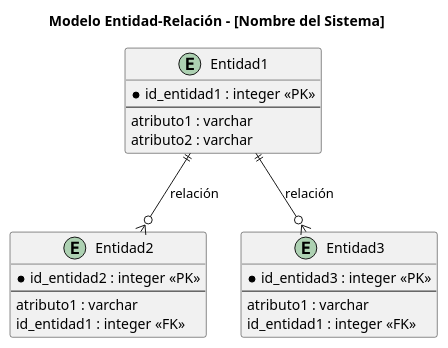
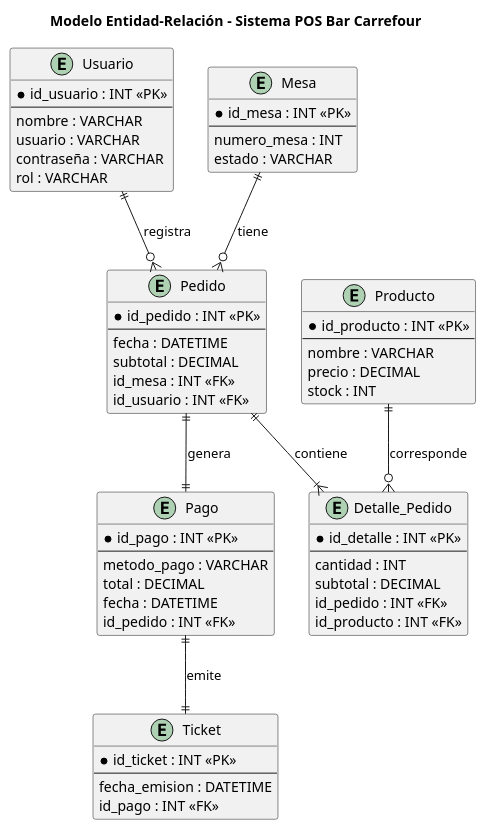
One commit to joana2025-coder/eidas-grupo02-SistemaPointofsale changed the diagram in diagramas/er.puml. Above: the diagram before and after it, drawn with PlantUML. The commit also changed 1 other file, not shown here.

Commit message:
Agrega diagrama entidad-relación

```diff
--- a/diagramas/er.puml
+++ b/diagramas/er.puml
@@ -1,31 +1,70 @@
 @startuml
-title Modelo Entidad-Relación - [Nombre del Sistema]
 
-' --- Entidades ---
-entity Entidad1 {
-  * id_entidad1 : integer <<PK>>
-  --
-  atributo1 : varchar
-  atributo2 : varchar
+title Modelo Entidad-Relación - Sistema POS Bar Carrefour
+
+entity Usuario {
+    * id_usuario : INT <<PK>>
+    --
+    nombre : VARCHAR
+    usuario : VARCHAR
+    contraseña : VARCHAR
+    rol : VARCHAR
 }
 
-entity Entidad2 {
-  * id_entidad2 : integer <<PK>>
-  --
-  atributo1 : varchar
-  id_entidad1 : integer <<FK>>
+entity Mesa {
+    * id_mesa : INT <<PK>>
+    --
+    numero_mesa : INT
+    estado : VARCHAR
 }
 
-entity Entidad3 {
-  * id_entidad3 : integer <<PK>>
-  --
-  atributo1 : varchar
-  id_entidad1 : integer <<FK>>
+entity Pedido {
+    * id_pedido : INT <<PK>>
+    --
+    fecha : DATETIME
+    subtotal : DECIMAL
+    id_mesa : INT <<FK>>
+    id_usuario : INT <<FK>>
 }
 
-' --- Relaciones ---
-' Sintaxis: EntidadA [cardinalidad] -- [cardinalidad] EntidadB : "etiqueta"
-Entidad1 ||--o{ Entidad2 : "relación"
-Entidad1 ||--o{ Entidad3 : "relación"
+entity Detalle_Pedido {
+    * id_detalle : INT <<PK>>
+    --
+    cantidad : INT
+    subtotal : DECIMAL
+    id_pedido : INT <<FK>>
+    id_producto : INT <<FK>>
+}
+
+entity Producto {
+    * id_producto : INT <<PK>>
+    --
+    nombre : VARCHAR
+    precio : DECIMAL
+    stock : INT
+}
+
+entity Pago {
+    * id_pago : INT <<PK>>
+    --
+    metodo_pago : VARCHAR
+    total : DECIMAL
+    fecha : DATETIME
+    id_pedido : INT <<FK>>
+}
+
+entity Ticket {
+    * id_ticket : INT <<PK>>
+    --
+    fecha_emision : DATETIME
+    id_pago : INT <<FK>>
+}
+
+Usuario ||--o{ Pedido : registra
+Mesa ||--o{ Pedido : tiene
+Pedido ||--|{ Detalle_Pedido : contiene
+Producto ||--o{ Detalle_Pedido : corresponde
+Pedido ||--|| Pago : genera
+Pago ||--|| Ticket : emite
 
 @enduml
```
